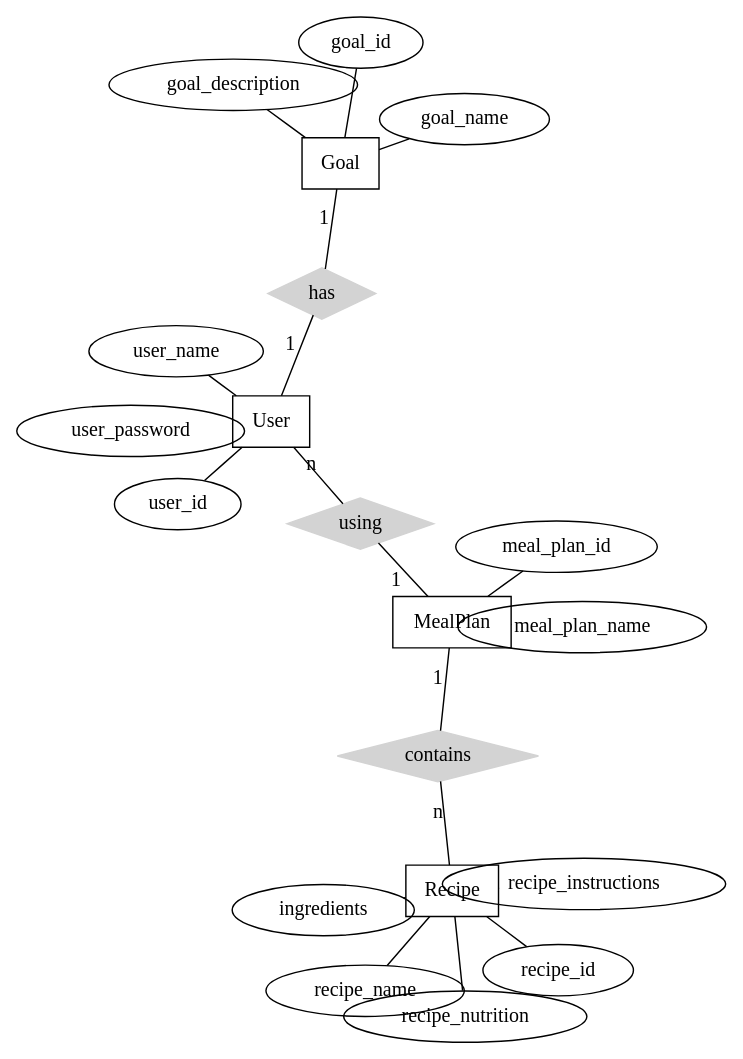
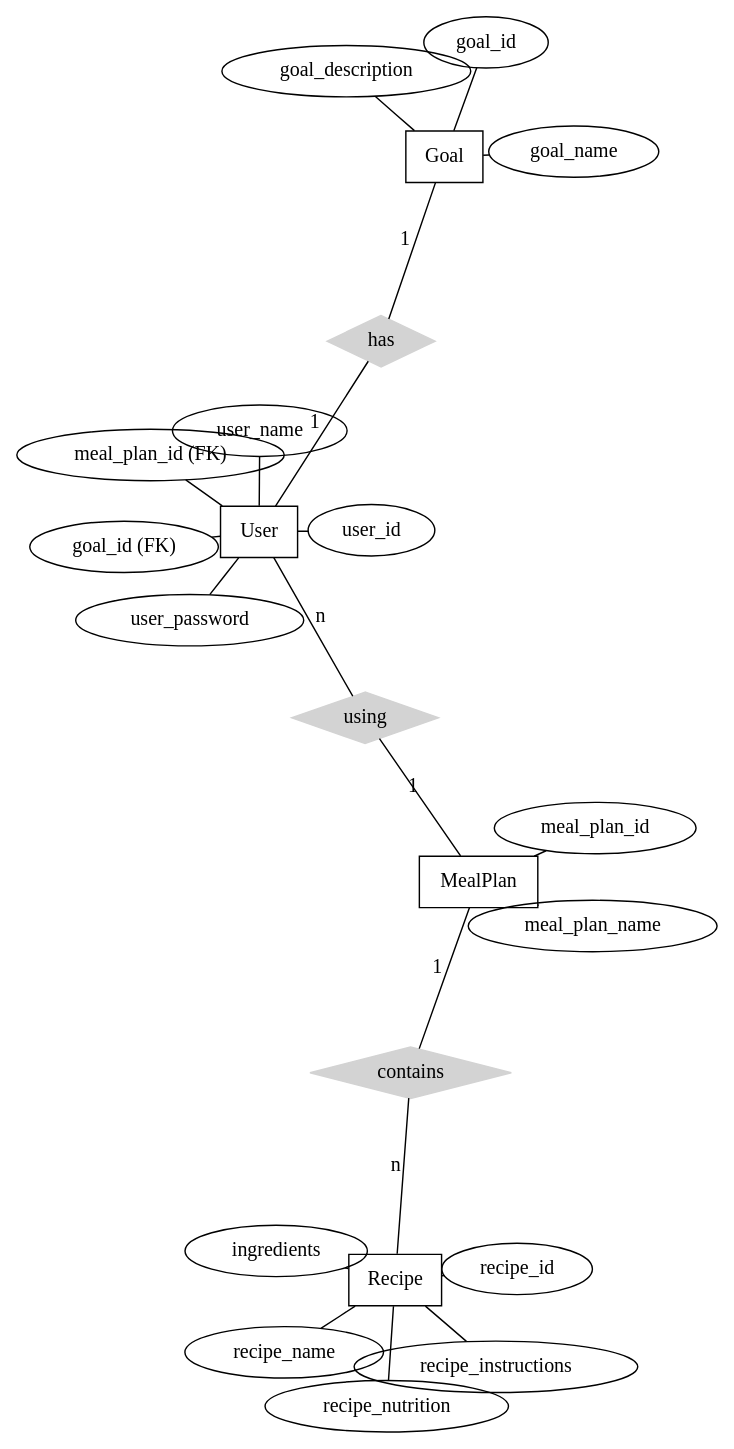
The first of 3 diagrams in reports/deliver4.qmd (cmsc-vcu/cmsc508-fa2023-prj-nutritionplan-group27), drawn with Graphviz before and after one commit. The commit also changed other lines of this file and 1 other file, not shown here.

Commit message:
Suhas second commit

````diff
--- a/reports/deliver4.qmd
+++ b/reports/deliver4.qmd
@@ -45,22 +45,26 @@
         ```{dot}
             graph ER {
-                layout=neato;
-                scale=1.1;
-                node [shape=box]; User, MealPlan, Recipe, Goal;
-                node [shape=ellipse]; user_id, user_name, user_password, meal_plan_name, recipe_name, recipe_nutrition, goal_name, ingredients, recipe_instructions, goal_description, meal_plan_id, recipe_id, goal_id;
+    layout=neato;
+    scale=1.1;
+    node [shape=box]; User, MealPlan, Recipe, Goal;
+    node [shape=ellipse]; user_id, user_name, user_password, meal_plan_name, recipe_name, recipe_nutrition, goal_name, ingredients, recipe_instructions, goal_description, meal_plan_id, recipe_id, goal_id, user_meal_plan_id, user_goal_id;
 
-                node [shape=diamond,style=filled,color=lightgrey]; using, has, contains;
-                
-                User -- using [label="n",len=1.00]
-                using -- MealPlan [label="1",len=1.00]
-                MealPlan -- contains [label="1",len=1.00]
-                contains -- Recipe [label="n",len=1.00]
-                User -- has [label="1",len=1.00]
-                has -- Goal [label="1",len=1.00]
-                
-                User -- user_id, user_name, user_password;
-                MealPlan -- meal_plan_name, meal_plan_id;
-                Recipe -- recipe_name, recipe_nutrition, ingredients, recipe_instructions, recipe_id;
-                Goal -- goal_name, goal_description, goal_id;
-            }
+    node [shape=diamond,style=filled,color=lightgrey]; using, has, contains;
+    
+    User -- using [label="n",len=1.5]
+    using -- MealPlan [label="1",len=1.5]
+    MealPlan -- contains [label="1",len=1.5]
+    contains -- Recipe [label="n",len=1.5]
+    User -- has [label="1",len=1.5]
+    has -- Goal [label="1",len=1.5]
+    
+    User -- user_id, user_name, user_password, user_meal_plan_id, user_goal_id;
+    MealPlan -- meal_plan_name, meal_plan_id;
+    Recipe -- recipe_name, recipe_nutrition, ingredients, recipe_instructions, recipe_id;
+    Goal -- goal_name, goal_description, goal_id;
+    
+    user_meal_plan_id [label="meal_plan_id (FK)"];
+    user_goal_id [label="goal_id (FK)"];
+}
+
         ```
````
